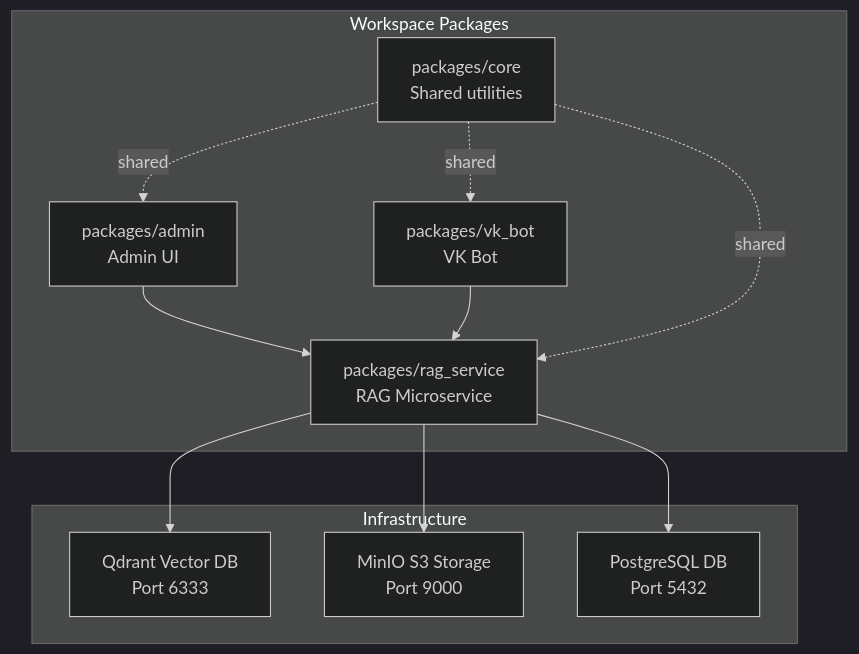
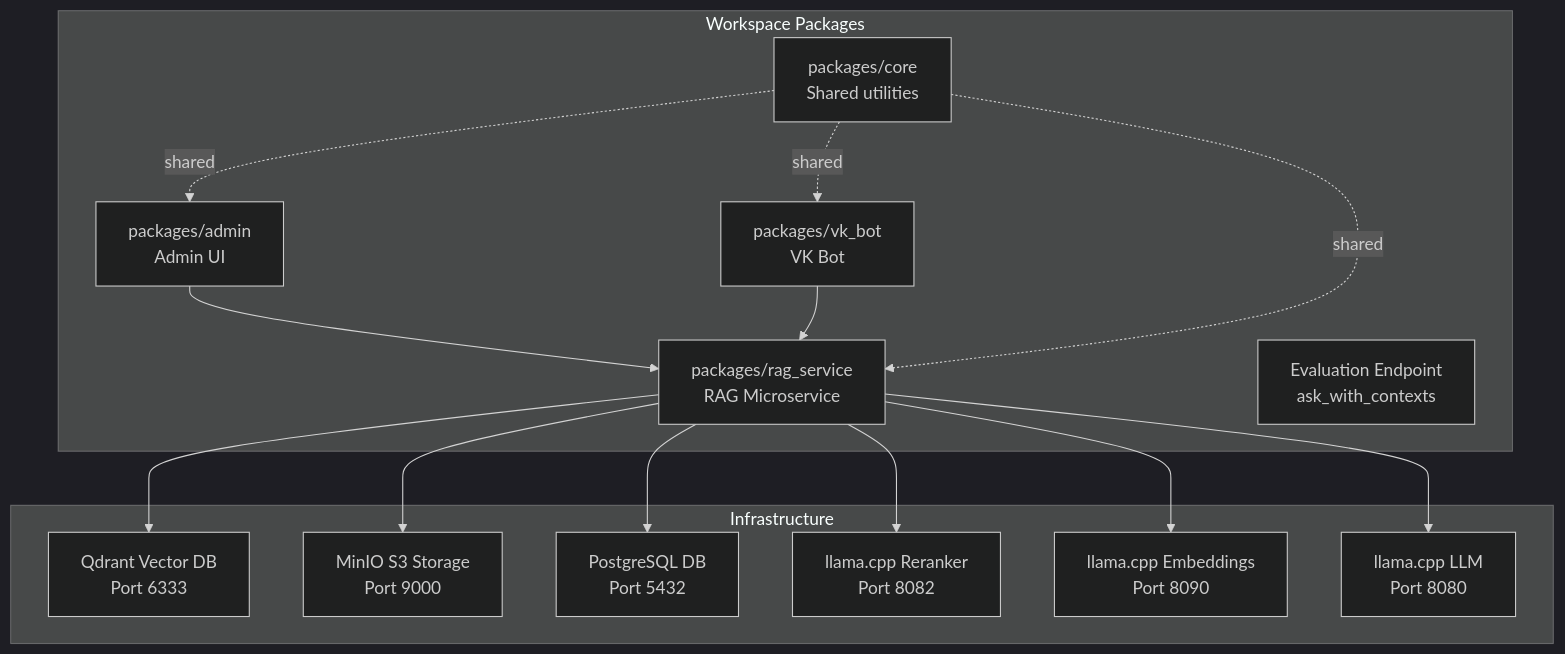
The first of 23 diagrams in .qoder/repowiki/en/content/API Reference/RAG Microservice Architecture.md (ognelis/cafetera_hr_bot), drawn with Mermaid (dark theme) before and after one commit. The commit also changed other lines of this file and 51 other files, not shown here.

````diff
--- a/.qoder/repowiki/en/content/API Reference/RAG Microservice Architecture.md
+++ b/.qoder/repowiki/en/content/API Reference/RAG Microservice Architecture.md
@@ -75,22 +88,29 @@
 ```mermaid
 graph TB
 subgraph "Workspace Packages"
 CORE["packages/core<br/>Shared utilities"]
 ADMIN["packages/admin<br/>Admin UI"]
 VKBOT["packages/vk_bot<br/>VK Bot"]
 RAG["packages/rag_service<br/>RAG Microservice"]
+ENDPOINT_EVAL["Evaluation Endpoint<br/>ask_with_contexts"]
 end
 subgraph "Infrastructure"
 QDRANT["Qdrant Vector DB<br/>Port 6333"]
 MINIO["MinIO S3 Storage<br/>Port 9000"]
 PG["PostgreSQL DB<br/>Port 5432"]
+LLAMACPP_RERANKER["llama.cpp Reranker<br/>Port 8082"]
+LLAMACPP_EMBEDDINGS["llama.cpp Embeddings<br/>Port 8090"]
+LLAMACPP_LLM["llama.cpp LLM<br/>Port 8080"]
 end
 ADMIN --> RAG
 VKBOT --> RAG
 RAG --> QDRANT
 RAG --> MINIO
 RAG --> PG
+RAG --> LLAMACPP_RERANKER
+RAG --> LLAMACPP_EMBEDDINGS
+RAG --> LLAMACPP_LLM
 CORE -. shared .-> ADMIN
 CORE -. shared .-> VKBOT
 CORE -. shared .-> RAG
 ```
````
